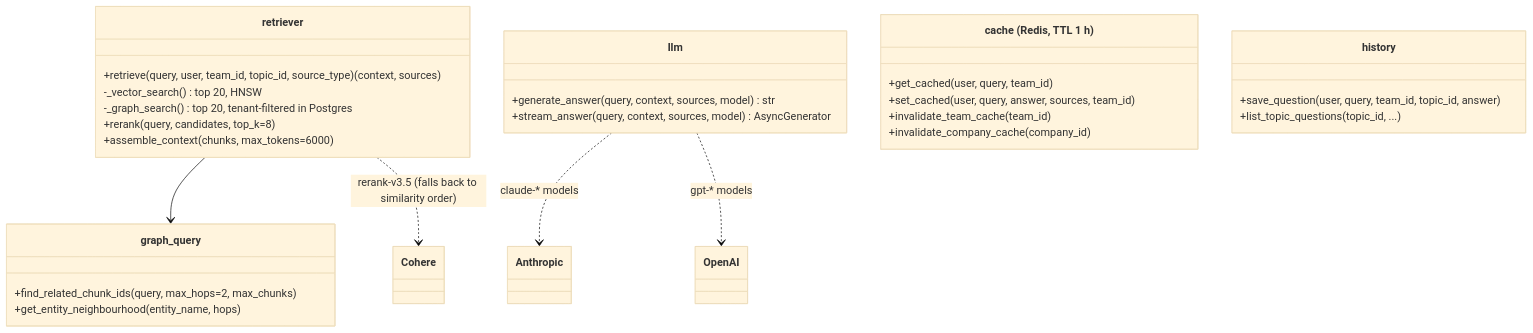
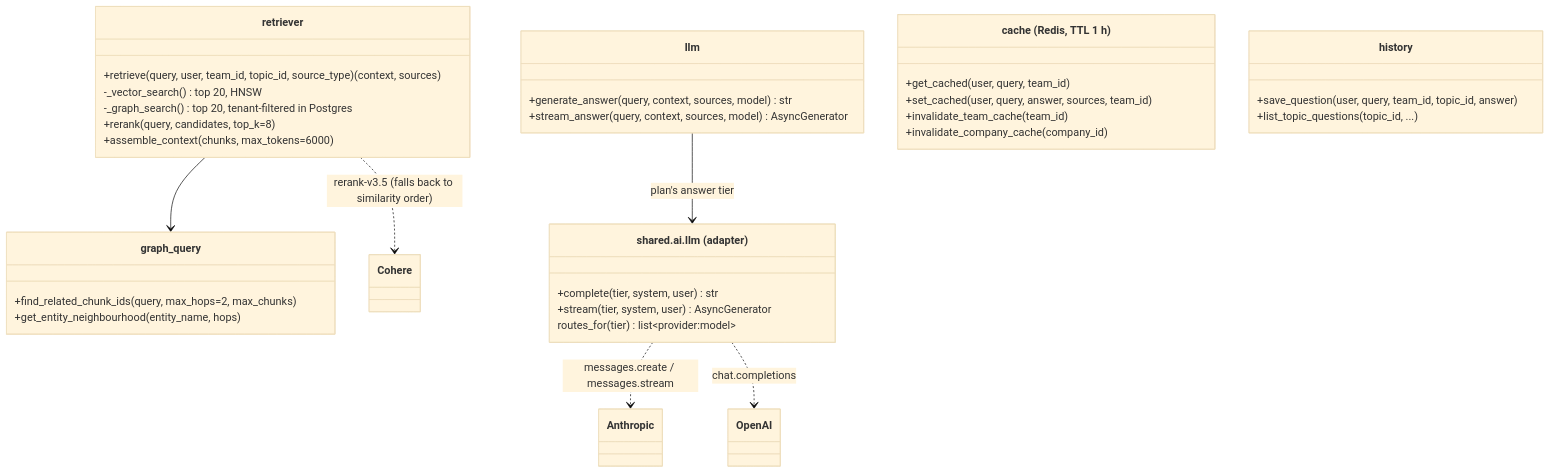
The fourth of 4 diagrams in docs/diagrams/class-diagram.md (yavorm-tech/query-prism), drawn with Mermaid (base theme) before and after one commit. The commit also changed other lines of this file and 68 other files, not shown here.

````diff
--- a/docs/diagrams/class-diagram.md
+++ b/docs/diagrams/class-diagram.md
@@ -207,33 +223,39 @@
 ```mermaid
 classDiagram
     class retriever {
         +retrieve(query, user, team_id, topic_id, source_type) (context, sources)
         -_vector_search() top 20, HNSW
         -_graph_search() top 20, tenant-filtered in Postgres
         +rerank(query, candidates, top_k=8)
         +assemble_context(chunks, max_tokens=6000)
     }
     class graph_query {
         +find_related_chunk_ids(query, max_hops=2, max_chunks)
         +get_entity_neighbourhood(entity_name, hops)
     }
     class llm {
         +generate_answer(query, context, sources, model) str
         +stream_answer(query, context, sources, model) AsyncGenerator
     }
     class cache["cache (Redis, TTL 1 h)"] {
         +get_cached(user, query, team_id)
         +set_cached(user, query, answer, sources, team_id)
         +invalidate_team_cache(team_id)
         +invalidate_company_cache(company_id)
     }
     class history {
         +save_question(user, query, team_id, topic_id, answer)
         +list_topic_questions(topic_id, ...)
     }
 
     retriever --> graph_query
     retriever ..> Cohere : rerank-v3.5 (falls back to similarity order)
-    llm ..> Anthropic : claude-* models
-    llm ..> OpenAI : gpt-* models
+    class adapter["shared.ai.llm (adapter)"] {
+        +complete(tier, system, user) str
+        +stream(tier, system, user) AsyncGenerator
+        routes_for(tier) list~provider:model~
+    }
+    llm --> adapter : plan's answer tier
+    adapter ..> Anthropic : messages.create / messages.stream
+    adapter ..> OpenAI : chat.completions
 ```
````
